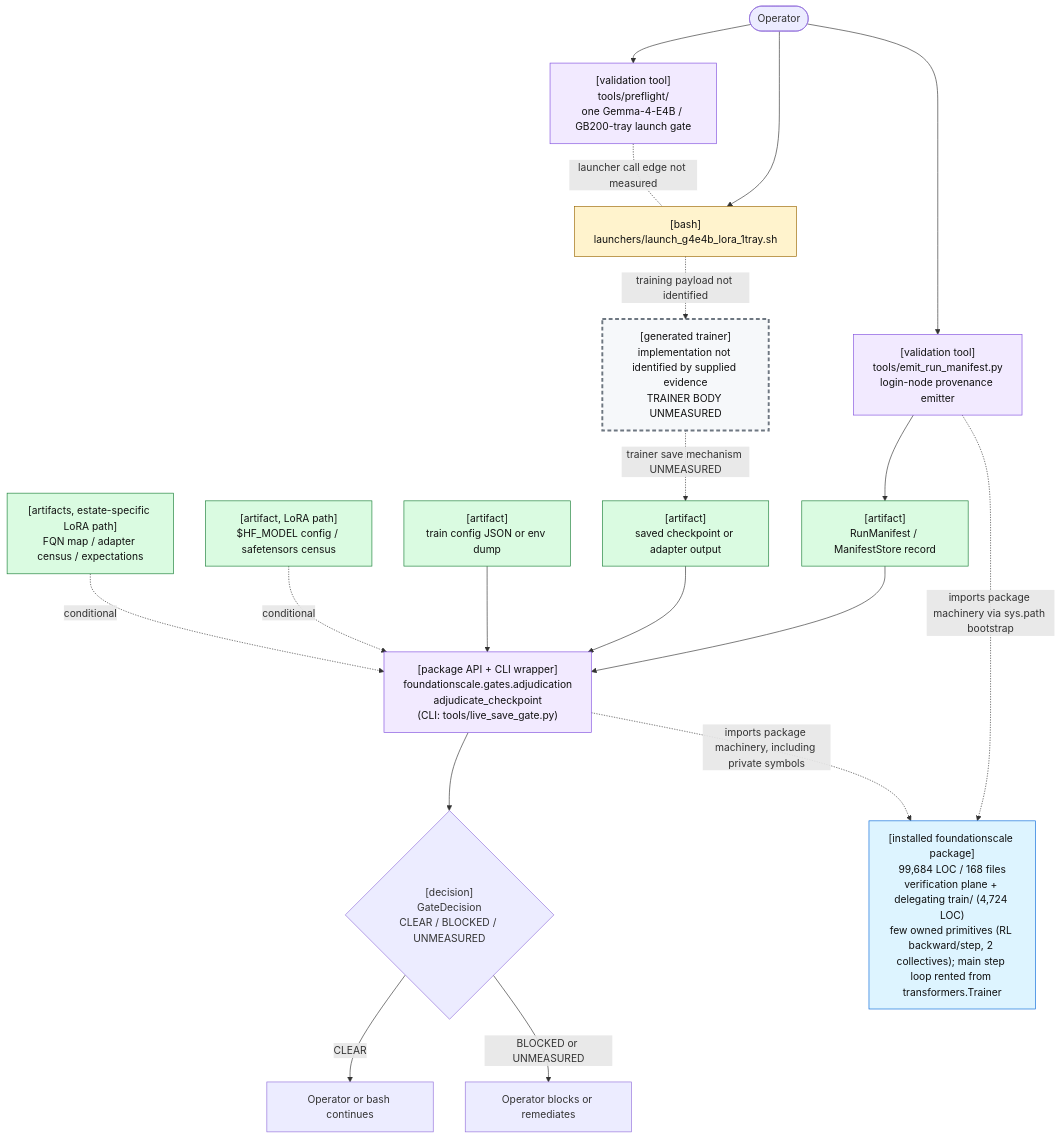
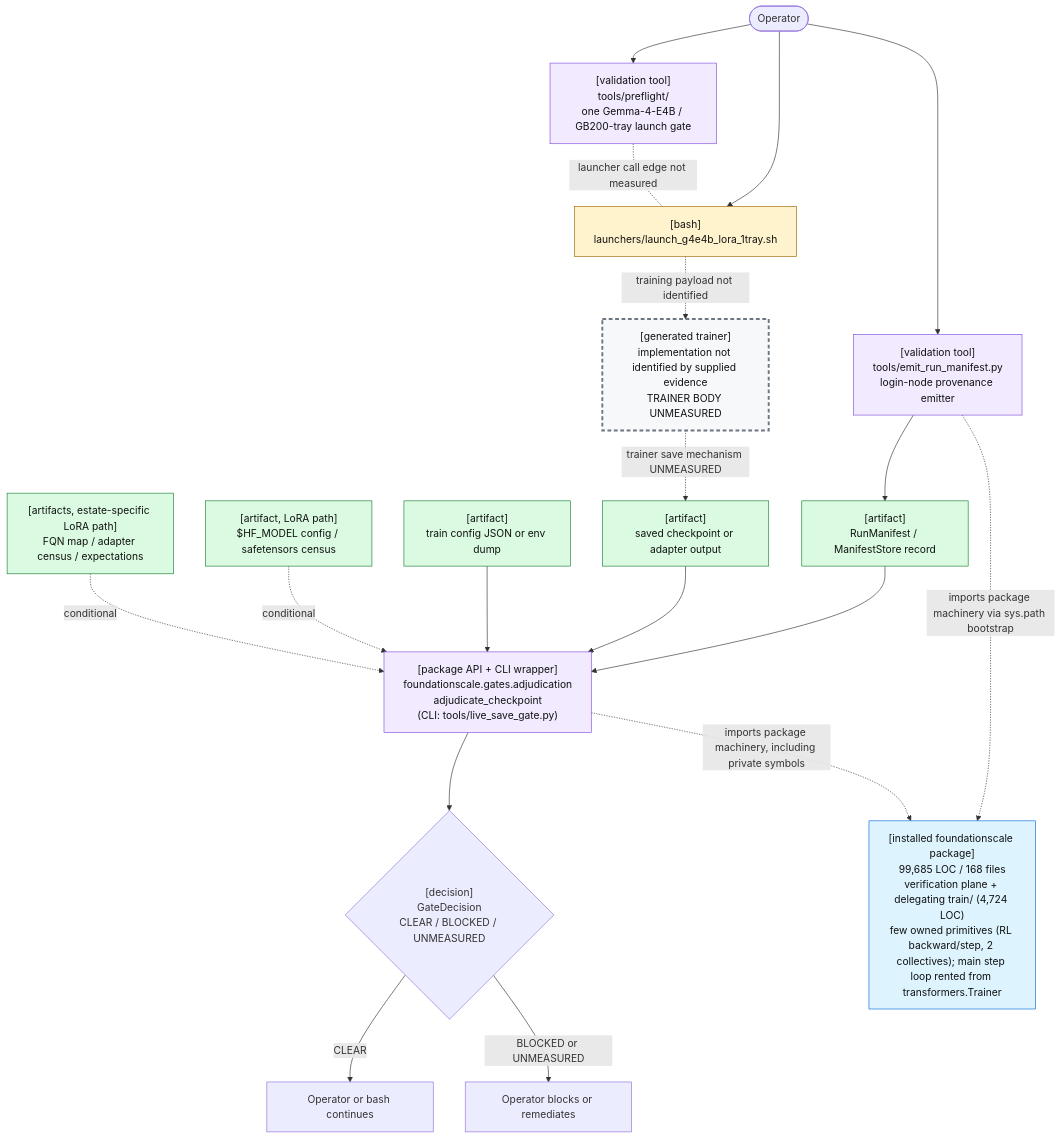
One commit to TranNhiem/FoundationScale changed the first of 2 diagrams in docs/review/D2_current_architecture.md. Above: the diagram before and after it, drawn with Mermaid. The commit also changed other lines of this file and 10 other files, not shown here.

````diff
--- a/docs/review/D2_current_architecture.md
+++ b/docs/review/D2_current_architecture.md
@@ -25,59 +25,59 @@
 ```mermaid
 flowchart TB
   O(["Operator"])
 
   PF["[validation tool]<br/>tools/preflight/<br/>one Gemma-4-E4B / GB200-tray launch gate"]
   L["[bash]<br/>launchers/launch_g4e4b_lora_1tray.sh"]
 
   E["[validation tool]<br/>tools/emit_run_manifest.py<br/>login-node provenance emitter"]
   M["[artifact]<br/>RunManifest / ManifestStore record"]
 
   T["[generated trainer]<br/>implementation not identified by supplied evidence<br/>TRAINER BODY UNMEASURED"]
   C["[artifact]<br/>saved checkpoint or adapter output"]
 
   G["[package API + CLI wrapper]<br/>foundationscale.gates.adjudication<br/>adjudicate_checkpoint<br/>(CLI: tools/live_save_gate.py)"]
   CFG["[artifact]<br/>train config JSON or env dump"]
   BASE["[artifact, LoRA path]<br/>$HF_MODEL config / safetensors census"]
   CEN["[artifacts, estate-specific LoRA path]<br/>FQN map / adapter census / expectations"]
 
   D{"[decision]<br/>GateDecision<br/>CLEAR / BLOCKED / UNMEASURED"}
   OK["Operator or bash continues"]
   NO["Operator blocks or remediates"]
 
-  PKG["[installed foundationscale package]<br/>99,684 LOC / 168 files<br/>verification plane + delegating train/ (4,724 LOC)<br/>few owned primitives (RL backward/step, 2 collectives); main step loop rented from transformers.Trainer"]
+  PKG["[installed foundationscale package]<br/>99,685 LOC / 168 files<br/>verification plane + delegating train/ (4,724 LOC)<br/>few owned primitives (RL backward/step, 2 collectives); main step loop rented from transformers.Trainer"]
 
   O --> PF
   O --> L
   PF -. "launcher call edge not measured" .- L
 
   O --> E
   E --> M
 
   L -. "training payload not identified" .-> T
   T -. "trainer save mechanism UNMEASURED" .-> C
 
   M --> G
   C --> G
   CFG --> G
   BASE -. "conditional" .-> G
   CEN -. "conditional" .-> G
 
   E -. "imports package machinery via sys.path bootstrap" .-> PKG
   G -. "imports package machinery, including private symbols" .-> PKG
 
   G --> D
   D -->|"CLEAR"| OK
   D -->|"BLOCKED or UNMEASURED"| NO
 
   classDef bash fill:#fff3cd,stroke:#9a6700,color:#111;
   classDef tool fill:#f2eaff,stroke:#8250df,color:#111;
   classDef artifact fill:#dafbe1,stroke:#1a7f37,color:#111;
   classDef gap fill:#f6f8fa,stroke:#6e7781,stroke-width:3px,stroke-dasharray: 6 4,color:#111;
   classDef pkg fill:#ddf4ff,stroke:#0969da,color:#111;
 
   class L bash;
   class PF,E,G tool;
   class M,C,CFG,BASE,CEN artifact;
   class T gap;
   class PKG pkg;
 ```
````
